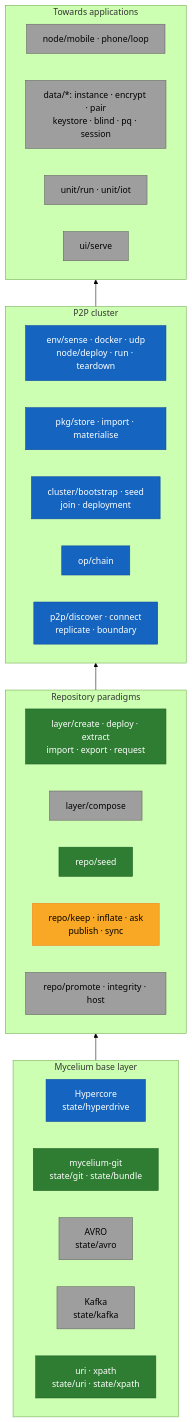
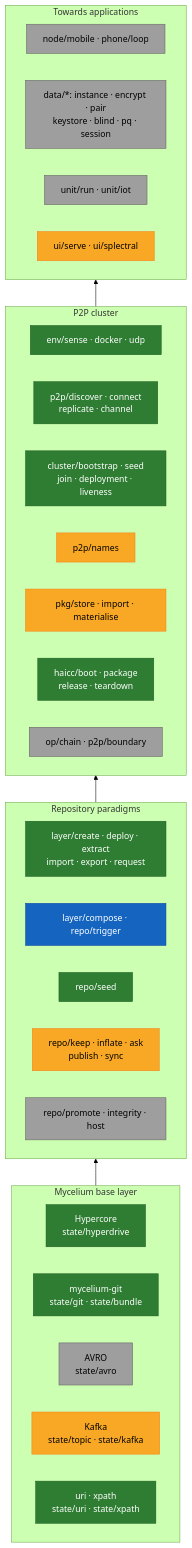
The diagram in capabilities.md (splectrum/roadmap-1), drawn with Mermaid (forest theme) before and after one commit. The commit also changed other lines of this file and 3 other files, not shown here.

````diff
--- a/capabilities.md
+++ b/capabilities.md
@@ -17,39 +20,41 @@
 ```mermaid
 flowchart BT
   subgraph base[Mycelium base layer]
     direction LR
-    hc[Hypercore<br/>state/hyperdrive]:::next
+    hc[Hypercore<br/>state/hyperdrive]:::done
     git[mycelium-git<br/>state/git · state/bundle]:::done
     avro[AVRO<br/>state/avro]:::later
-    kafka[Kafka<br/>state/kafka]:::later
+    kafka[Kafka<br/>state/topic · state/kafka]:::built
     voc[uri · xpath<br/>state/uri · state/xpath]:::done
   end
   subgraph para[Repository paradigms]
     direction LR
     layer[layer/create · deploy · extract<br/>import · export · request]:::done
-    compose[layer/compose]:::later
+    compose[layer/compose · repo/trigger]:::next
     repo1[repo/seed]:::done
     repo2[repo/keep · inflate · ask<br/>publish · sync]:::built
     repo3[repo/promote · integrity · host]:::later
   end
   subgraph cluster[P2P cluster]
     direction LR
-    env[env/sense · docker · udp<br/>node/deploy · run · teardown]:::next
-    pkg[pkg/store · import · materialise]:::next
-    cl[cluster/bootstrap · seed<br/>join · deployment]:::next
-    op[op/chain]:::next
-    p2p[p2p/discover · connect<br/>replicate · boundary]:::next
+    env[env/sense · docker · udp]:::done
+    p2p[p2p/discover · connect<br/>replicate · channel]:::done
+    cl[cluster/bootstrap · seed<br/>join · deployment · liveness]:::done
+    names[p2p/names]:::built
+    pkg[pkg/store · import · materialise]:::built
+    haicc[haicc/boot · package<br/>release · teardown]:::done
+    op[op/chain · p2p/boundary]:::later
   end
   subgraph apps[Towards applications]
     direction LR
     dev[node/mobile · phone/loop]:::later
     data[data/*: instance · encrypt · pair<br/>keystore · blind · pq · session]:::later
     unit[unit/run · unit/iot]:::later
-    ui[ui/serve]:::later
+    ui[ui/serve · ui/splectral]:::built
   end
   base --> para --> cluster --> apps
   classDef done fill:#2e7d32,color:#fff,stroke:#1b5e20
   classDef built fill:#f9a825,color:#000,stroke:#f57f17
   classDef next fill:#1565c0,color:#fff,stroke:#0d47a1
   classDef later fill:#9e9e9e,color:#000,stroke:#616161
 ```
````
